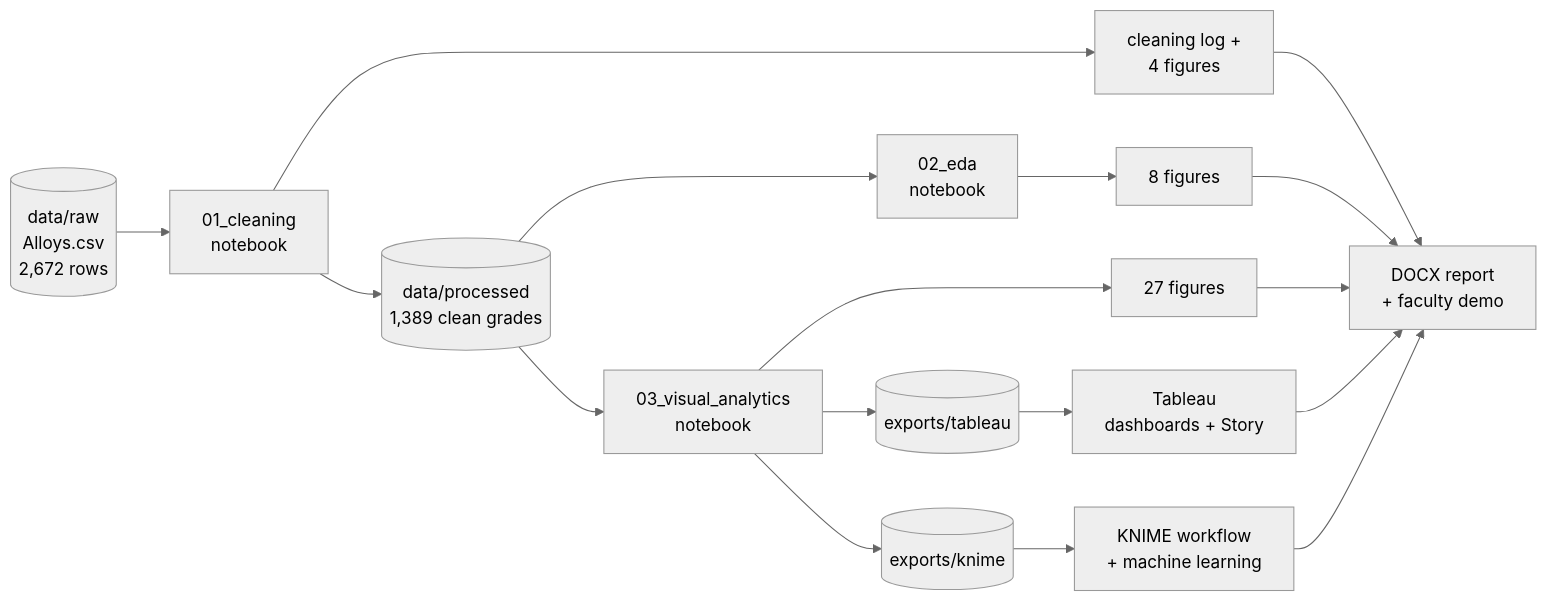
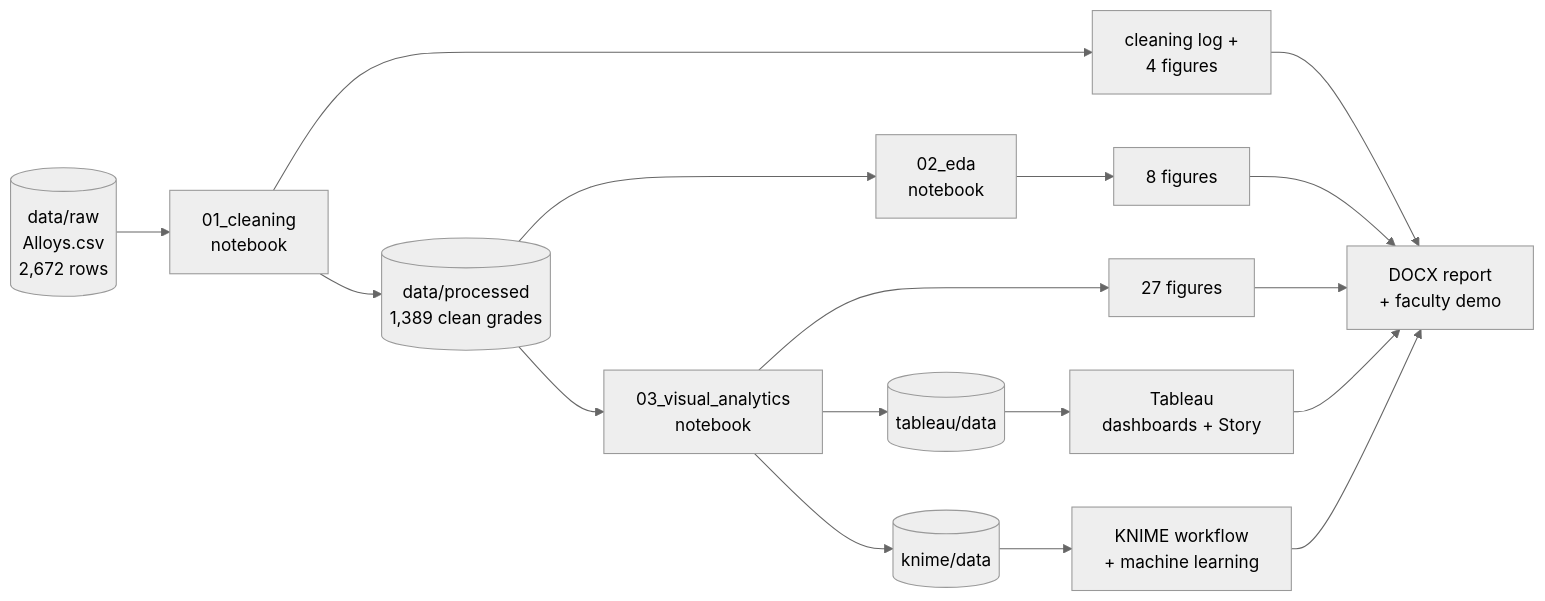
One commit to Priyansh9506/DAV-Assignment changed the first of 2 diagrams in README.md. Above: the diagram before and after it, drawn with Mermaid (neutral theme). The commit also changed other lines of this file and 42 other files, not shown here.

First line of the commit message:
Restructure: one folder per tool (tableau/, knime/)

````diff
--- a/README.md
+++ b/README.md
@@ -122,19 +122,19 @@
 ```mermaid
 flowchart LR
     A[(data/raw<br/>Alloys.csv<br/>2,672 rows)] --> B[01_cleaning<br/>notebook]
     B --> C[(data/processed<br/>1,389 clean grades)]
     B --> R1[cleaning log +<br/>4 figures]
     C --> D[02_eda<br/>notebook]
     C --> E[03_visual_analytics<br/>notebook]
     D --> R2[8 figures]
     E --> R3[27 figures]
-    E --> X1[(exports/tableau)]
-    E --> X2[(exports/knime)]
+    E --> X1[(tableau/data)]
+    E --> X2[(knime/data)]
     X1 --> T[Tableau<br/>dashboards + Story]
     X2 --> K[KNIME workflow<br/>+ machine learning]
     R1 --> W[DOCX report<br/>+ faculty demo]
     R2 --> W
     R3 --> W
     T --> W
     K --> W
 ```
````
